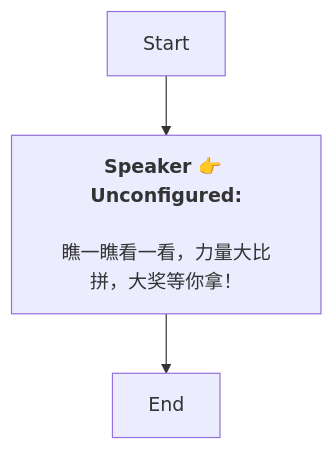
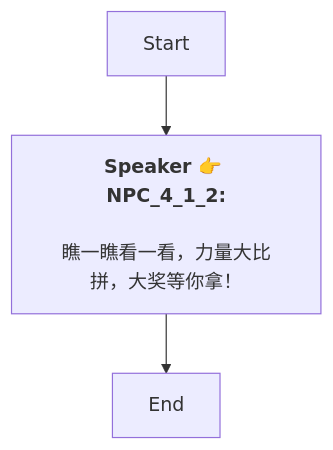
One commit to SoftHu/tos_avg changed the diagram in Zh/Dialog_55394212513030.md. Above: the diagram before and after it, drawn with Mermaid. The commit also changed 737 other files, not shown here.

````diff
--- a/Zh/Dialog_55394212513030.md
+++ b/Zh/Dialog_55394212513030.md
@@ -1,8 +1,7 @@
 ```mermaid
 graph
-Start -->1772614814817503[<b>Speaker 👉 Unconfigured:</b>
-
-瞧一瞧看一看，力量大比拼，大奖等你拿！]
+Start -->1772614814817503[<b>Speaker 👉 NPC_4_1_2:</b>
+\n瞧一瞧看一看，力量大比拼，大奖等你拿！]
 1772614814817503 -->1772614814818528[End]
 
- ```
+```
````
